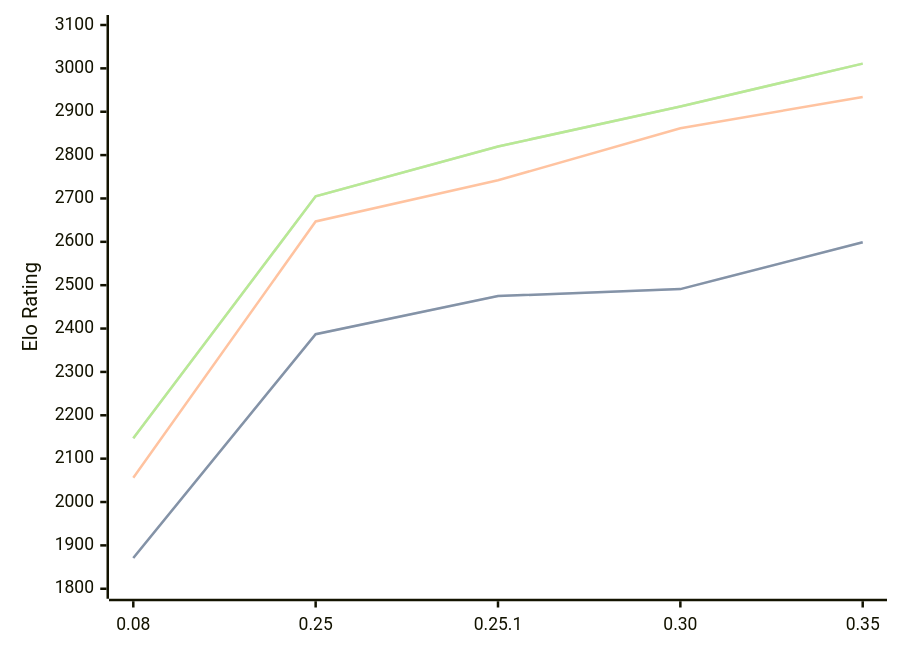
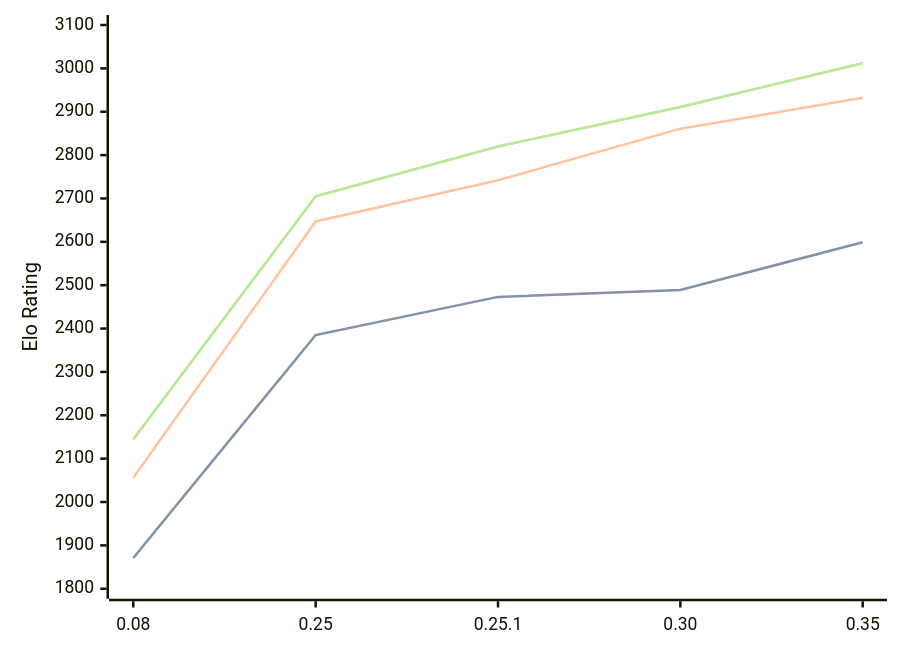
Before and after one commit to computer-chess-index/cci: the diagram in engines/Gecko.md, drawn with Mermaid. The commit also changed other lines of this file, not shown here.

Commit message:
Update CCI Ratings (ELO VLTC) - 2026-06-10

````diff
--- a/engines/Gecko.md
+++ b/engines/Gecko.md
@@ -35,11 +35,11 @@
 ```mermaid
 %%{init: {"theme":"base","themeVariables":{"seriesColors:['#a3a3a3','#222221','#faa371']}}}%%
 xychart-beta
   x-axis ["0.08", "0.25", "0.25.1", "0.30", "0.35"]
   y-axis "Elo Rating" 1800 --> 3100
-  line "STC (8.0+0.08s)" [1871, 2387, 2475, 2491, 2599]
-  line "STC (8.0+0.08s)" [1871, 2387, 2475, 2491, 2599]
-  line "LTC (60.0+0.60s)" [2056, 2647, 2742, 2862, 2934]
-  line "VLTC (2m24s+1.12s)" [2147, 2705, 2820, 2912, 3011]
-  line "VLTC (2m24s+1.12s)" [2147, 2705, 2820, 2912, 3011]
+  line "STC (8.0+0.08s)" [1871, 2385, 2473, 2489, 2599]
+  line "STC (8.0+0.08s)" [1871, 2385, 2473, 2489, 2599]
+  line "LTC (60.0+0.60s)" [2056, 2647, 2742, 2861, 2932]
+  line "VLTC (2m24s+1.12s)" [2145, 2705, 2820, 2911, 3012]
+  line "VLTC (2m24s+1.12s)" [2145, 2705, 2820, 2911, 3012]
 ```
````
